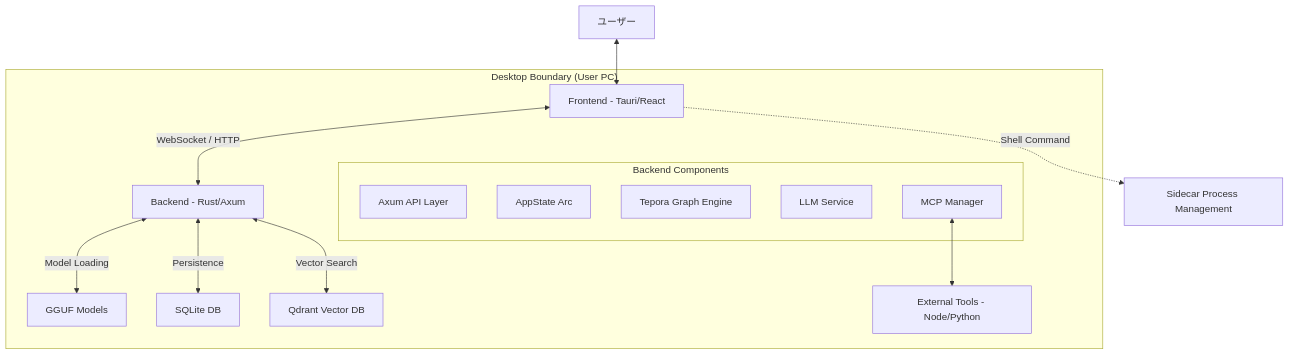
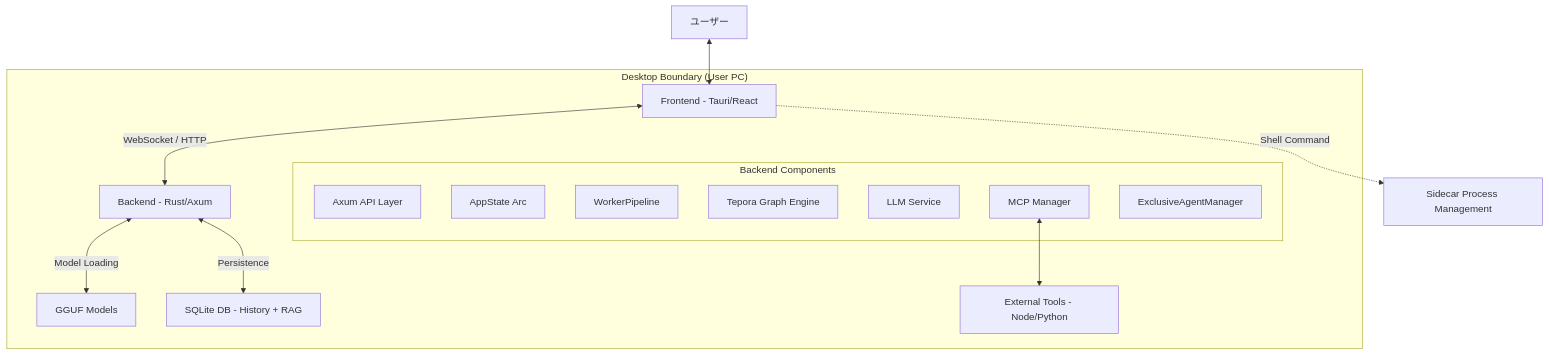
The first of 10 diagrams in docs/architecture/ARCHITECTURE.md (coco4atJP/Tepora-alpha), drawn with Mermaid before and after one commit. The commit also changed other lines of this file and 110 other files, not shown here.

````diff
--- a/docs/architecture/ARCHITECTURE.md
+++ b/docs/architecture/ARCHITECTURE.md
@@ -66,24 +66,25 @@
 ```mermaid
 graph TD
     User[ユーザー] <--> Frontend[Frontend - Tauri/React]
   
     subgraph "Desktop Boundary (User PC)"
         Frontend <-->|WebSocket / HTTP| Backend[Backend - Rust/Axum]
       
         subgraph Backend Components
             API[Axum API Layer]
             State[AppState Arc]
+            Pipeline[WorkerPipeline]
             Graph[Tepora Graph Engine]
             LLM[LLM Service]
             MCP[MCP Manager]
+            EAM[ExclusiveAgentManager]
         end
       
         Backend <-->|Model Loading| GGUF[GGUF Models]
-        Backend <-->|Persistence| SQL[SQLite DB]
-        Backend <-->|Vector Search| Qdrant[Qdrant Vector DB]
+        Backend <-->|Persistence| SQL[SQLite DB - History + RAG]
       
         MCP <--> ExtTools[External Tools - Node/Python]
     end
   
     Frontend -.->|Shell Command| Sidecar[Sidecar Process Management]
 ```
````
